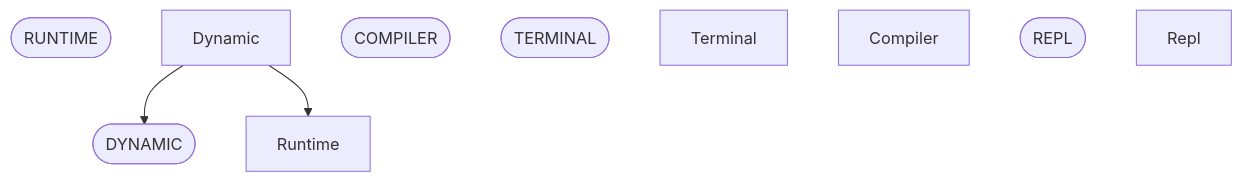
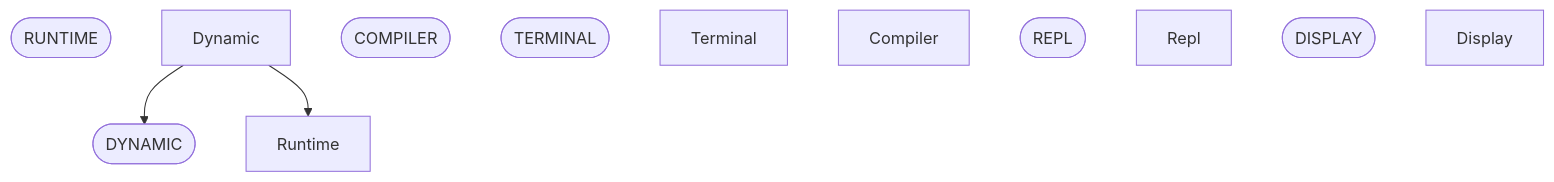
One commit to ruudkoot/rune changed the ninth of 9 diagrams in docs/generated/basis/depends.md. Above: the diagram before and after it, drawn with Mermaid. The commit also changed other lines of this file and 43 other files, not shown here.

````diff
--- a/docs/generated/basis/depends.md
+++ b/docs/generated/basis/depends.md
@@ -430,15 +430,17 @@
 ```mermaid
 flowchart TD
   n85(["RUNTIME"])
   n86["Runtime"]
   n87(["DYNAMIC"])
   n88["Dynamic"]
   n89(["COMPILER"])
   n90(["TERMINAL"])
   n91["Terminal"]
   n92["Compiler"]
   n93(["REPL"])
   n94["Repl"]
+  n95(["DISPLAY"])
+  n96["Display"]
   n88 --> n87
   n88 --> n86
 ```
````
